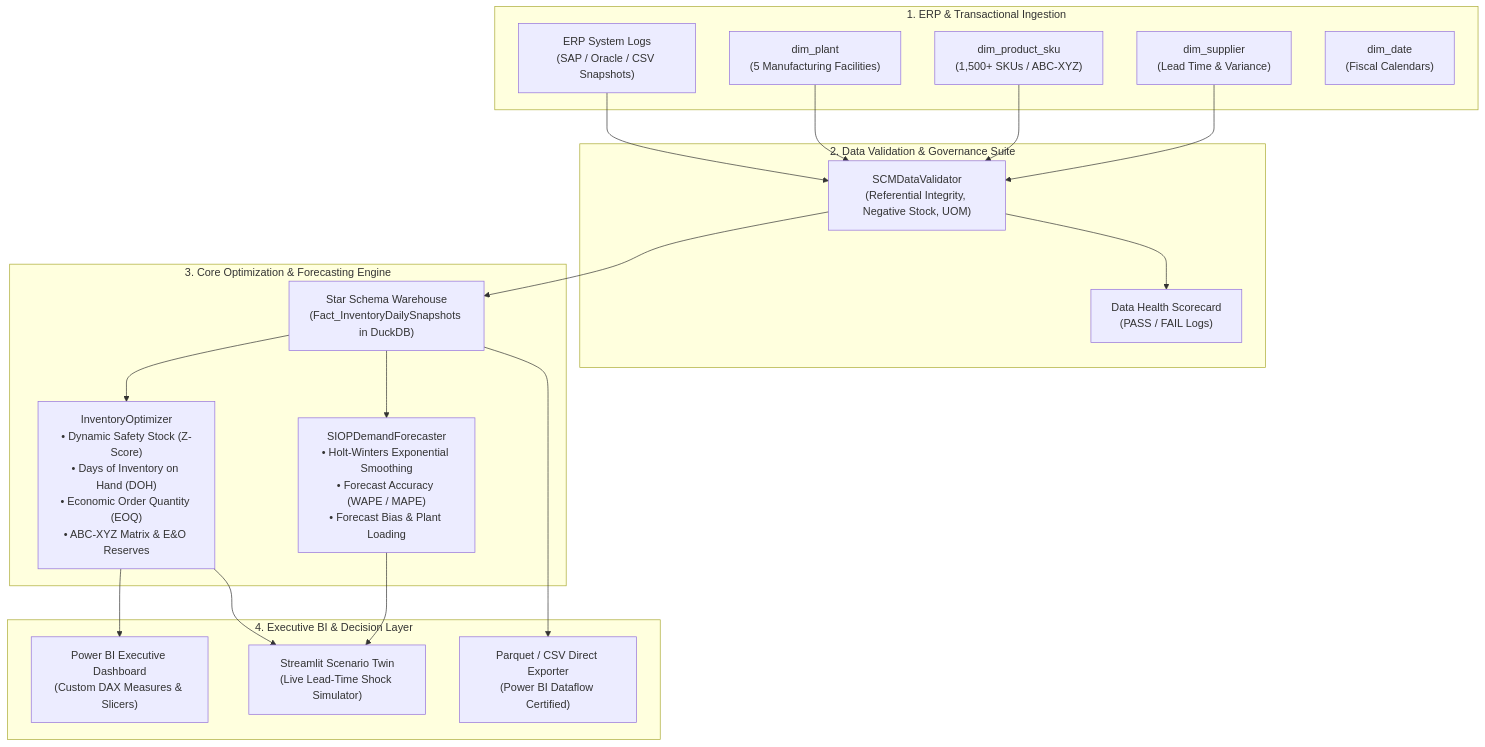
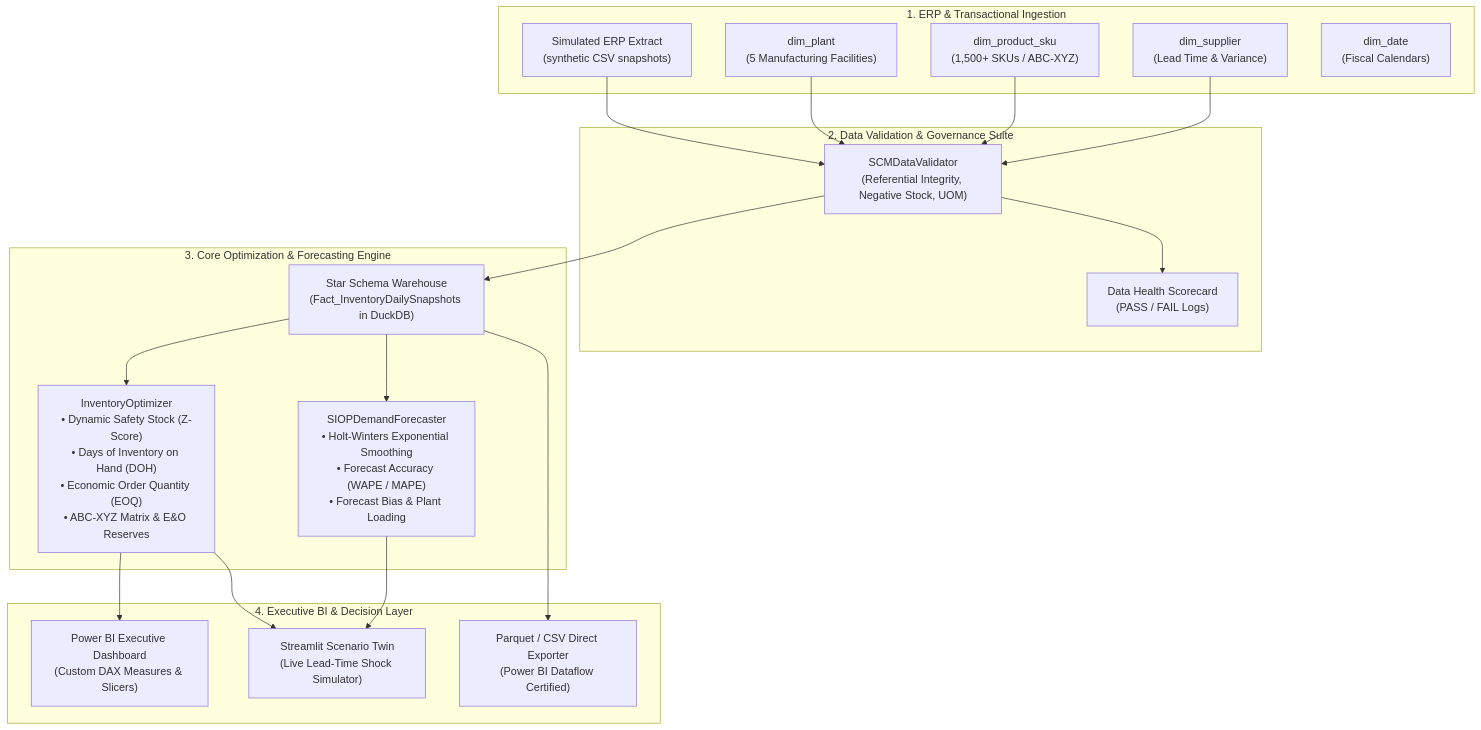
One commit to rajmodi262/siop-inventory-optimization-hub changed the first of 2 diagrams in README.md. Above: the diagram before and after it, drawn with Mermaid. The commit also changed other lines of this file and 5 other files, not shown here.

````diff
--- a/README.md
+++ b/README.md
@@ -32,40 +49,40 @@
 ```mermaid
 flowchart TD
     subgraph Data_Layer ["1. ERP & Transactional Ingestion"]
-        ERP["ERP System Logs\n(SAP / Oracle / CSV Snapshots)"]
+        ERP["Simulated ERP Extract\n(synthetic CSV snapshots)"]
         PLANT["dim_plant\n(5 Manufacturing Facilities)"]
         SKU["dim_product_sku\n(1,500+ SKUs / ABC-XYZ)"]
         SUP["dim_supplier\n(Lead Time & Variance)"]
         DATE["dim_date\n(Fiscal Calendars)"]
     end
 
     subgraph Governance ["2. Data Validation & Governance Suite"]
         QA["SCMDataValidator\n(Referential Integrity, Negative Stock, UOM)"]
         LOG["Data Health Scorecard\n(PASS / FAIL Logs)"]
     end
 
     subgraph Analytical_Engine ["3. Core Optimization & Forecasting Engine"]
         OPT["InventoryOptimizer\n• Dynamic Safety Stock (Z-Score)\n• Days of Inventory on Hand (DOH)\n• Economic Order Quantity (EOQ)\n• ABC-XYZ Matrix & E&O Reserves"]
         FC["SIOPDemandForecaster\n• Holt-Winters Exponential Smoothing\n• Forecast Accuracy (WAPE / MAPE)\n• Forecast Bias & Plant Loading"]
         STAR["Star Schema Warehouse\n(Fact_InventoryDailySnapshots in DuckDB)"]
     end
 
     subgraph Delivery_Layer ["4. Executive BI & Decision Layer"]
         PBI["Power BI Executive Dashboard\n(Custom DAX Measures & Slicers)"]
         APP["Streamlit Scenario Twin\n(Live Lead-Time Shock Simulator)"]
         EXP["Parquet / CSV Direct Exporter\n(Power BI Dataflow Certified)"]
     end
 
     ERP --> QA
     PLANT --> QA
     SKU --> QA
     SUP --> QA
     QA --> LOG
     QA --> STAR
     STAR --> OPT
     STAR --> FC
     OPT --> PBI
     OPT --> APP
     FC --> APP
     STAR --> EXP
 ```
````
